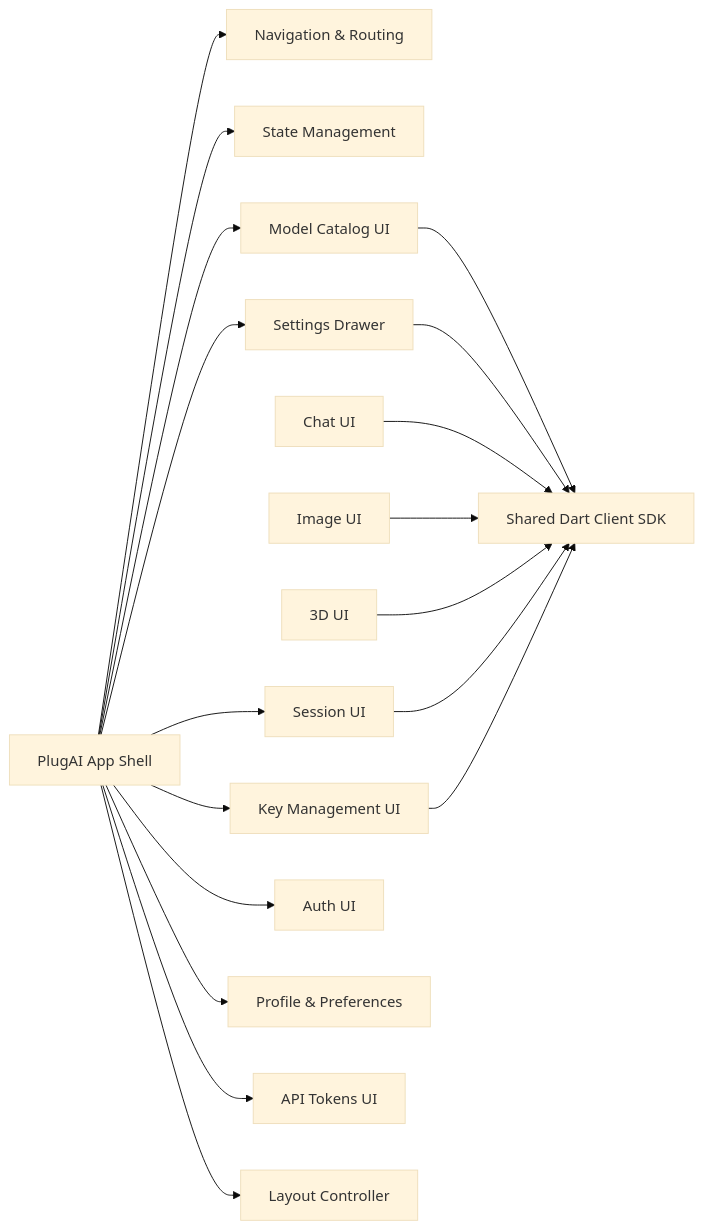
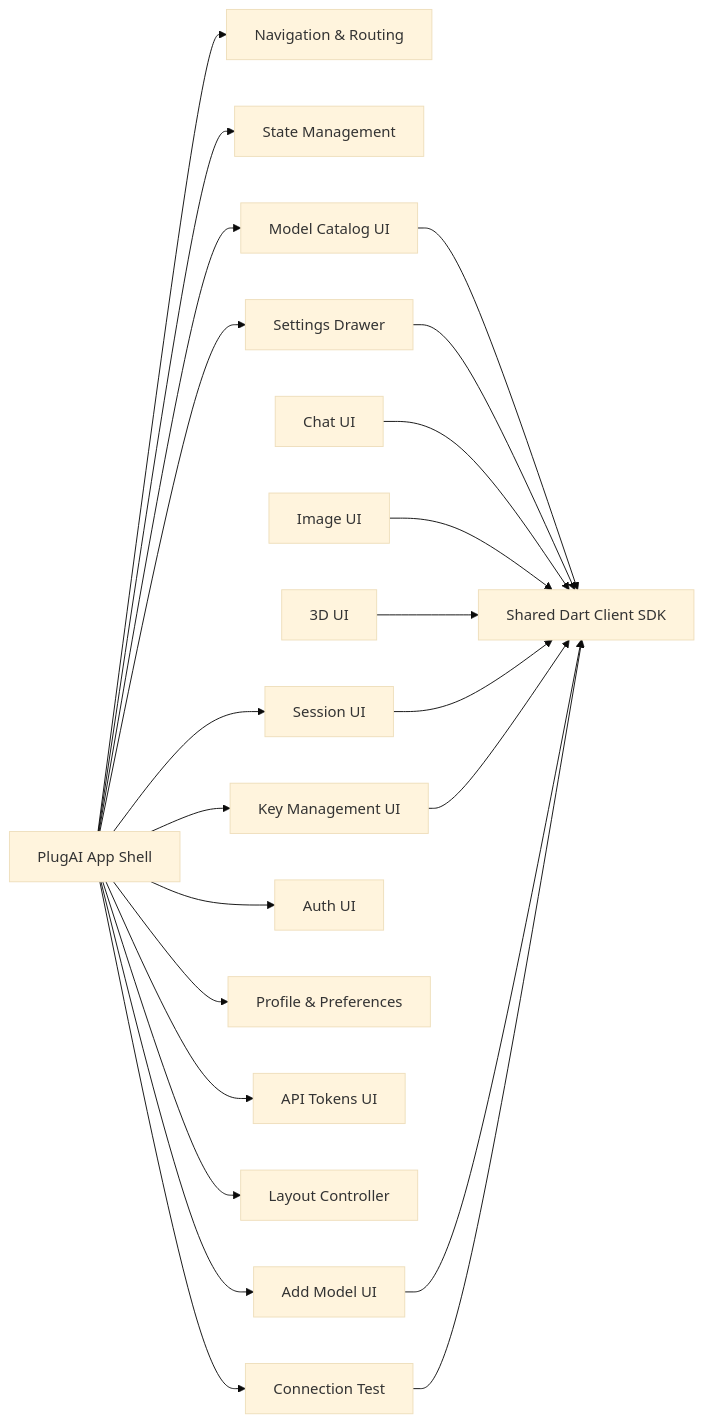
Before and after one commit to pluggably/llm_api: the first of 5 diagrams in docs/architecture/software_architecture_frontend.md, drawn with Mermaid (base theme). The commit also changed other lines of this file and 30 other files, not shown here.

````diff
--- a/docs/architecture/software_architecture_frontend.md
+++ b/docs/architecture/software_architecture_frontend.md
@@ -12,36 +12,42 @@
 ```mermaid
 graph LR
     App[PlugAI App Shell]
     Nav[Navigation & Routing]
     State[State Management]
     SDK[Shared Dart Client SDK]
     Models[Model Catalog UI]
     Params[Settings Drawer]
     Chat[Chat UI]
     Images[Image UI]
     ThreeD[3D UI]
     Sessions[Session UI]
     Keys[Key Management UI]
     Auth[Auth UI]
     Profile[Profile & Preferences]
     Tokens[API Tokens UI]
     Layout[Layout Controller]
+    AddModel[Add Model UI]
+    ConnectionTest[Connection Test]
 
     App --> Nav
     App --> State
     App --> Models
     App --> Params
     App --> Sessions
     App --> Keys
     App --> Auth
     App --> Profile
     App --> Tokens
     App --> Layout
+    App --> AddModel
+    App --> ConnectionTest
     Models --> SDK
     Params --> SDK
     Chat --> SDK
     Images --> SDK
     ThreeD --> SDK
     Sessions --> SDK
     Keys --> SDK
+    AddModel --> SDK
+    ConnectionTest --> SDK
 ```
````
